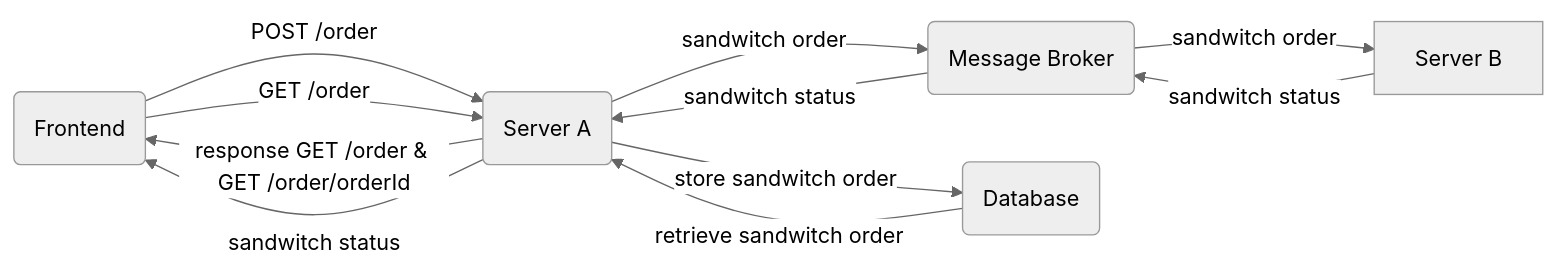
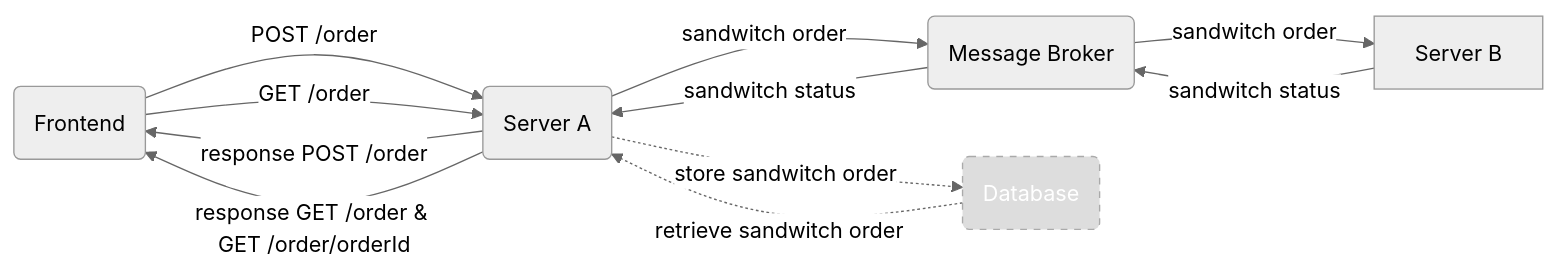
The first of 2 diagrams in Documentation.md (btaskinen/TUNI-web-development-2-2024), drawn with Mermaid (neutral theme) before and after one commit. The commit also changed other lines of this file, not shown here.

````diff
--- a/Documentation.md
+++ b/Documentation.md
@@ -25,13 +26,14 @@
 ```mermaid
 flowchart LR
     A(Frontend) -->|POST /order| B(Server A)
     A --> |GET /order| B
+    B --> |response POST /order| A
     B --> |response GET /order & GET /order/orderId| A
-    B --> |sandwitch status| A
     B --> |sandwitch order| C(Message Broker)
-    B --> |store sandwitch order| E(Database)
-    E --> |retrieve sandwitch order|B
+    B -.-> |store sandwitch order| E(Database)
+    E -.-> |retrieve sandwitch order|B
     C --> |sandwitch status| B
     C -->|sandwitch order| D[Server B]
     D -->|sandwitch status| C
+    style E fill:#ddd,stroke:#aaa,color:#fff,stroke-dasharray: 5 5
 ```
````
